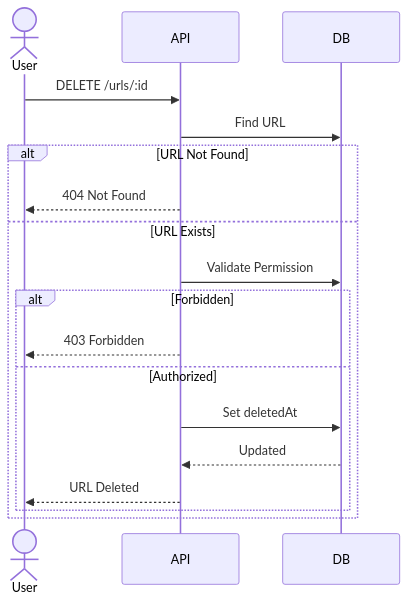
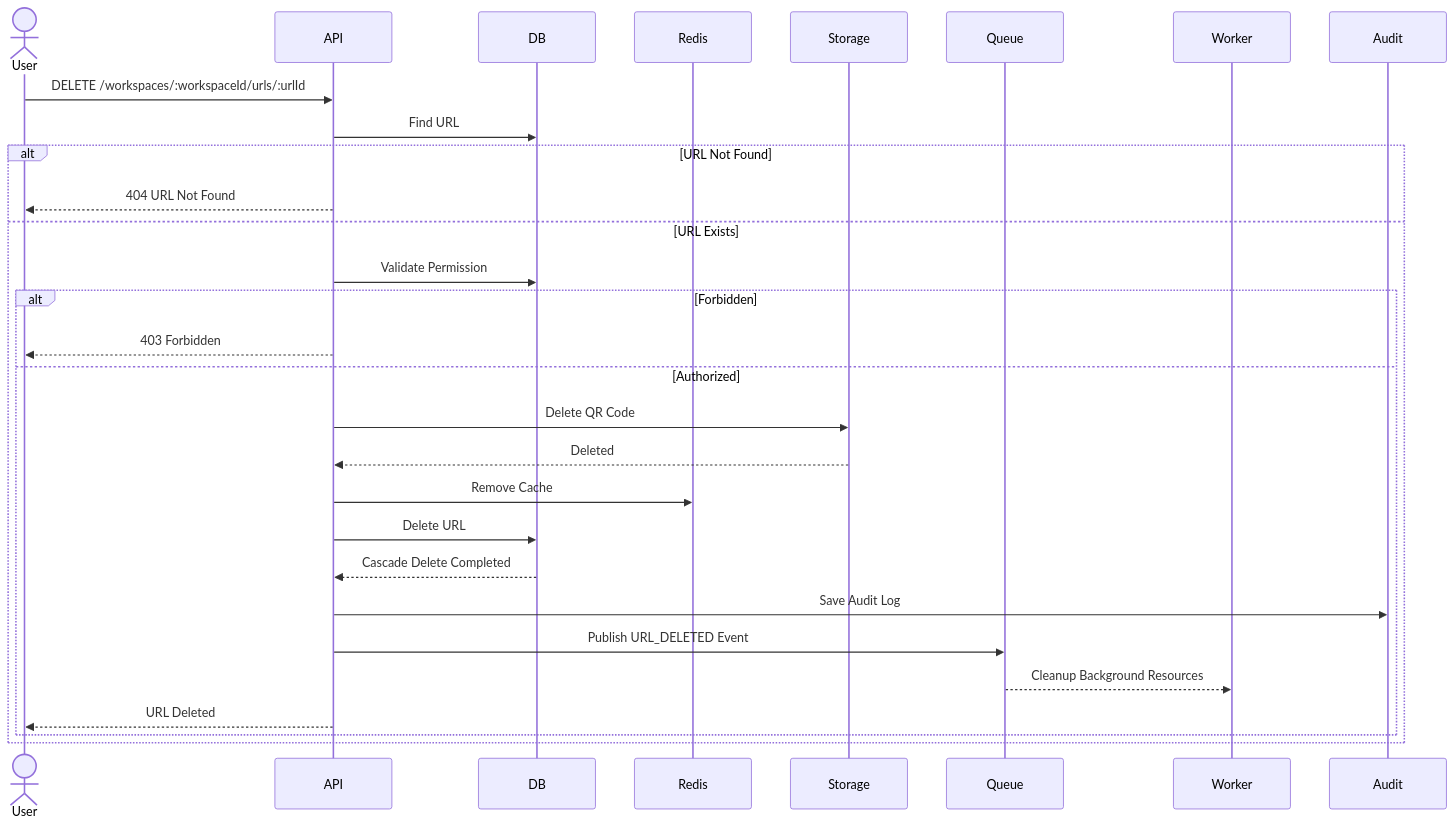
Before and after one commit to datnguyxn/LinkFlow: the fifth of 8 diagrams in docs/architecture/url/URL-Sequence.md, drawn with Mermaid. The commit also changed other lines of this file and 53 other files, not shown here.

````diff
--- a/docs/architecture/url/URL-Sequence.md
+++ b/docs/architecture/url/URL-Sequence.md
@@ -162,33 +237,53 @@
 ```mermaid
 sequenceDiagram
 
     actor User
+
     participant API
     participant DB
+    participant Redis
+    participant Storage
+    participant Queue
+    participant Worker
+    participant Audit
 
-    User->>API: DELETE /urls/:id
+    User->>API: DELETE /workspaces/:workspaceId/urls/:urlId
 
     API->>DB: Find URL
 
     alt URL Not Found
-        API-->>User: 404 Not Found
+
+        API-->>User: 404 URL Not Found
 
     else URL Exists
 
         API->>DB: Validate Permission
 
         alt Forbidden
+
             API-->>User: 403 Forbidden
 
         else Authorized
 
-            API->>DB: Set deletedAt
+            API->>Storage: Delete QR Code
 
-            DB-->>API: Updated
+            Storage-->>API: Deleted
+
+            API->>Redis: Remove Cache
+
+            API->>DB: Delete URL
+
+            DB-->>API: Cascade Delete Completed
+
+            API->>Audit: Save Audit Log
+
+            API->>Queue: Publish URL_DELETED Event
+
+            Queue-->>Worker: Cleanup Background Resources
 
             API-->>User: URL Deleted
 
         end
 
     end
 ```
````
